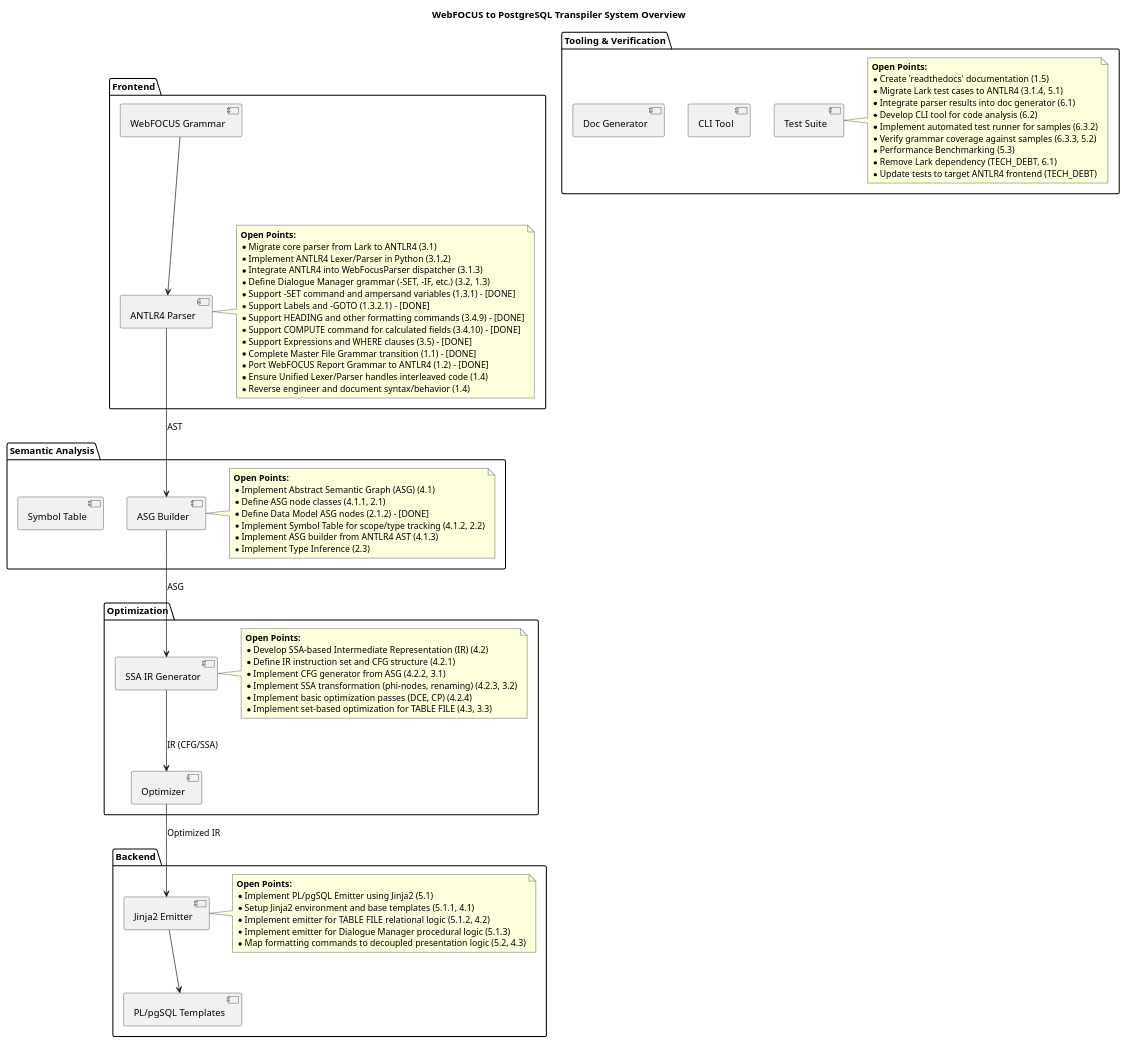
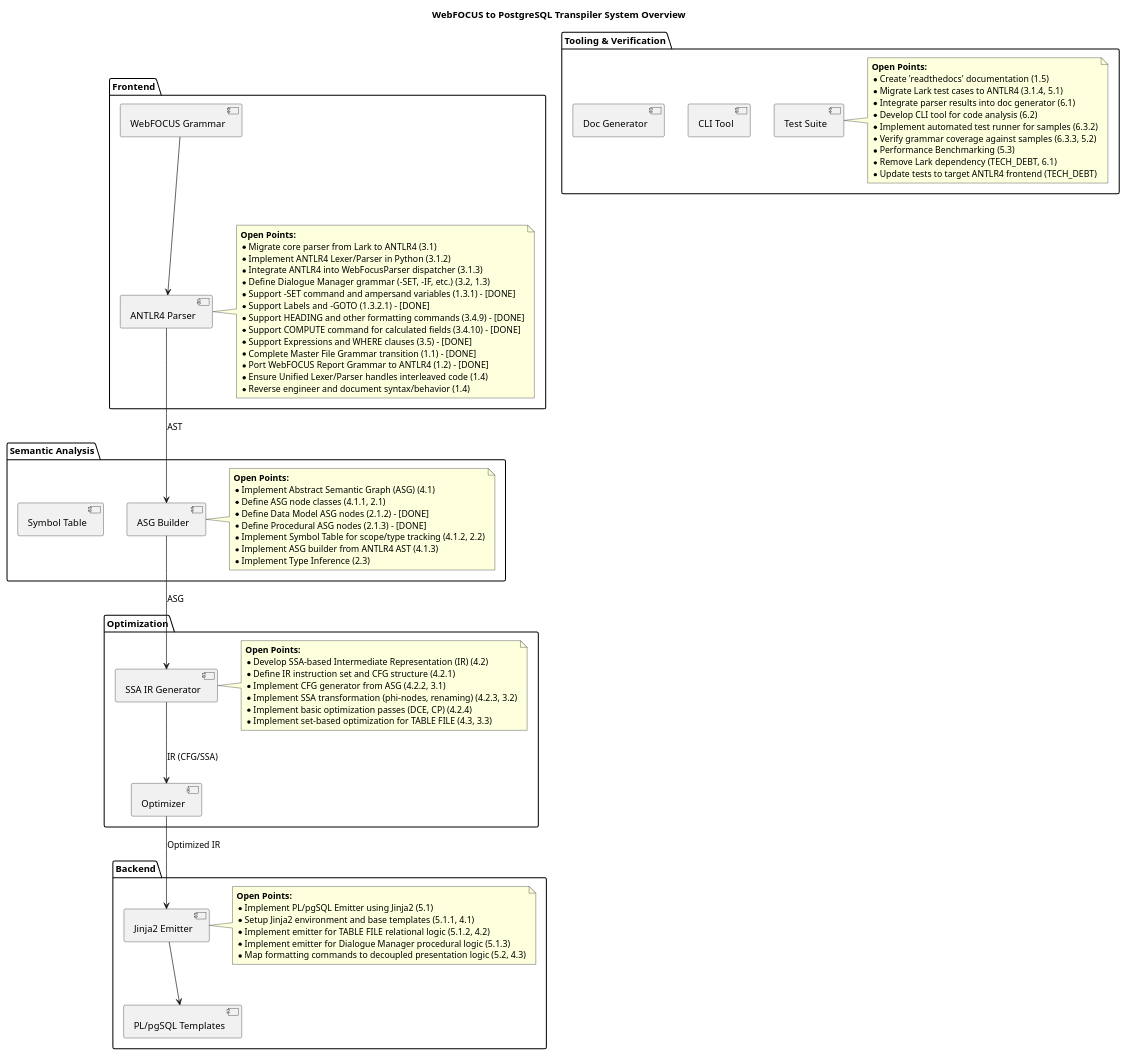
The diagram in SYSTEM_OVERVIEW.plantuml (chatelao/web-focus-benf), drawn with PlantUML before and after one commit. The commit also changed 4 other files, not shown here.

First line of the commit message:
Implement Procedural ASG nodes for Dialogue Manager

```diff
--- a/SYSTEM_OVERVIEW.plantuml
+++ b/SYSTEM_OVERVIEW.plantuml
@@ -1,93 +1,94 @@
 @startuml
 skinparam componentStyle uml2
 
 title WebFOCUS to PostgreSQL Transpiler System Overview
 
 package "Frontend" {
     [ANTLR4 Parser] as Parser
     [WebFOCUS Grammar] as Grammar
     note right of Parser
         **Open Points:**
         * Migrate core parser from Lark to ANTLR4 (3.1)
         * Implement ANTLR4 Lexer/Parser in Python (3.1.2)
         * Integrate ANTLR4 into WebFocusParser dispatcher (3.1.3)
         * Define Dialogue Manager grammar (-SET, -IF, etc.) (3.2, 1.3)
         * Support -SET command and ampersand variables (1.3.1) - [DONE]
         * Support Labels and -GOTO (1.3.2.1) - [DONE]
         * Support HEADING and other formatting commands (3.4.9) - [DONE]
         * Support COMPUTE command for calculated fields (3.4.10) - [DONE]
         * Support Expressions and WHERE clauses (3.5) - [DONE]
         * Complete Master File Grammar transition (1.1) - [DONE]
         * Port WebFOCUS Report Grammar to ANTLR4 (1.2) - [DONE]
         * Ensure Unified Lexer/Parser handles interleaved code (1.4)
         * Reverse engineer and document syntax/behavior (1.4)
     end note
 }
 
 package "Semantic Analysis" {
     [ASG Builder] as ASGBuilder
     [Symbol Table] as SymbolTable
     note right of ASGBuilder
         **Open Points:**
         * Implement Abstract Semantic Graph (ASG) (4.1)
         * Define ASG node classes (4.1.1, 2.1)
         * Define Data Model ASG nodes (2.1.2) - [DONE]
+        * Define Procedural ASG nodes (2.1.3) - [DONE]
         * Implement Symbol Table for scope/type tracking (4.1.2, 2.2)
         * Implement ASG builder from ANTLR4 AST (4.1.3)
         * Implement Type Inference (2.3)
     end note
 }
 
 package "Optimization" {
     [SSA IR Generator] as IRGen
     [Optimizer] as Optimizer
     note right of IRGen
         **Open Points:**
         * Develop SSA-based Intermediate Representation (IR) (4.2)
         * Define IR instruction set and CFG structure (4.2.1)
         * Implement CFG generator from ASG (4.2.2, 3.1)
         * Implement SSA transformation (phi-nodes, renaming) (4.2.3, 3.2)
         * Implement basic optimization passes (DCE, CP) (4.2.4)
         * Implement set-based optimization for TABLE FILE (4.3, 3.3)
     end note
 }
 
 package "Backend" {
     [Jinja2 Emitter] as Emitter
     [PL/pgSQL Templates] as Templates
     note right of Emitter
         **Open Points:**
         * Implement PL/pgSQL Emitter using Jinja2 (5.1)
         * Setup Jinja2 environment and base templates (5.1.1, 4.1)
         * Implement emitter for TABLE FILE relational logic (5.1.2, 4.2)
         * Implement emitter for Dialogue Manager procedural logic (5.1.3)
         * Map formatting commands to decoupled presentation logic (5.2, 4.3)
     end note
 }
 
 package "Tooling & Verification" {
     [CLI Tool] as CLI
     [Test Suite] as Tests
     [Doc Generator] as DocGen
     note right of Tests
         **Open Points:**
         * Create 'readthedocs' documentation (1.5)
         * Migrate Lark test cases to ANTLR4 (3.1.4, 5.1)
         * Integrate parser results into doc generator (6.1)
         * Develop CLI tool for code analysis (6.2)
         * Implement automated test runner for samples (6.3.2)
         * Verify grammar coverage against samples (6.3.3, 5.2)
         * Performance Benchmarking (5.3)
         * Remove Lark dependency (TECH_DEBT, 6.1)
         * Update tests to target ANTLR4 frontend (TECH_DEBT)
     end note
 }
 
 Grammar --> Parser
 Parser --> ASGBuilder : AST
 ASGBuilder --> IRGen : ASG
 IRGen --> Optimizer : IR (CFG/SSA)
 Optimizer --> Emitter : Optimized IR
 Emitter --> Templates
 
 @enduml
```
